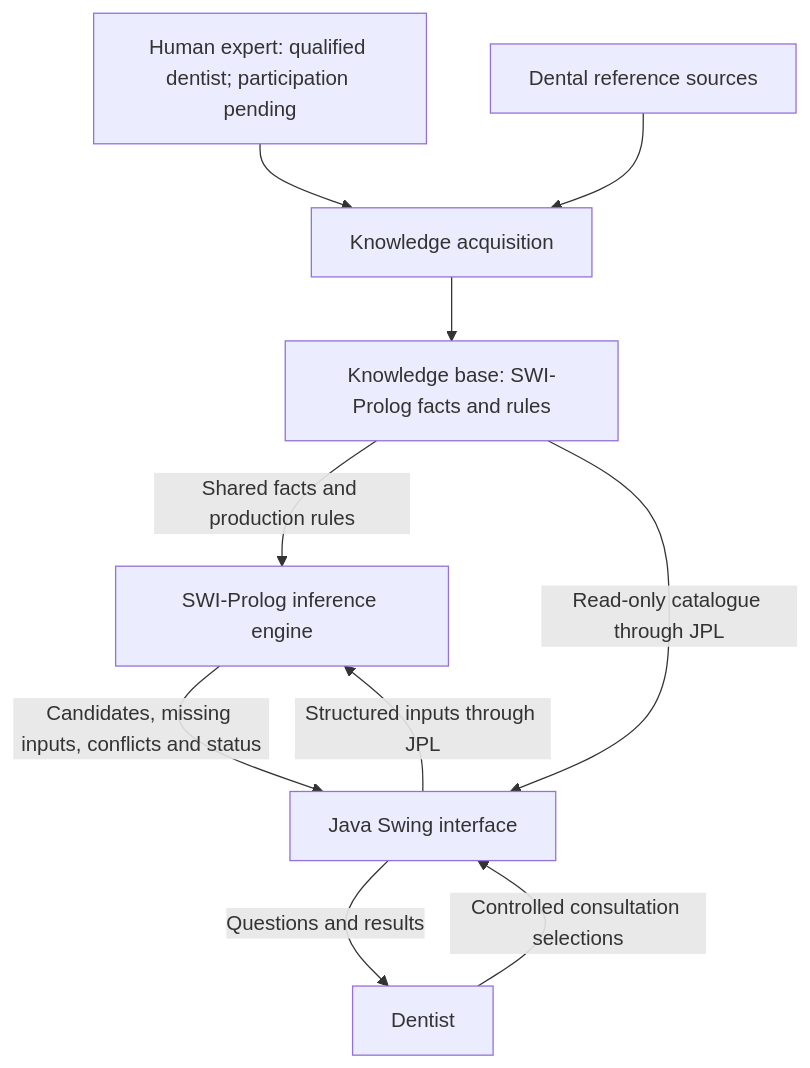
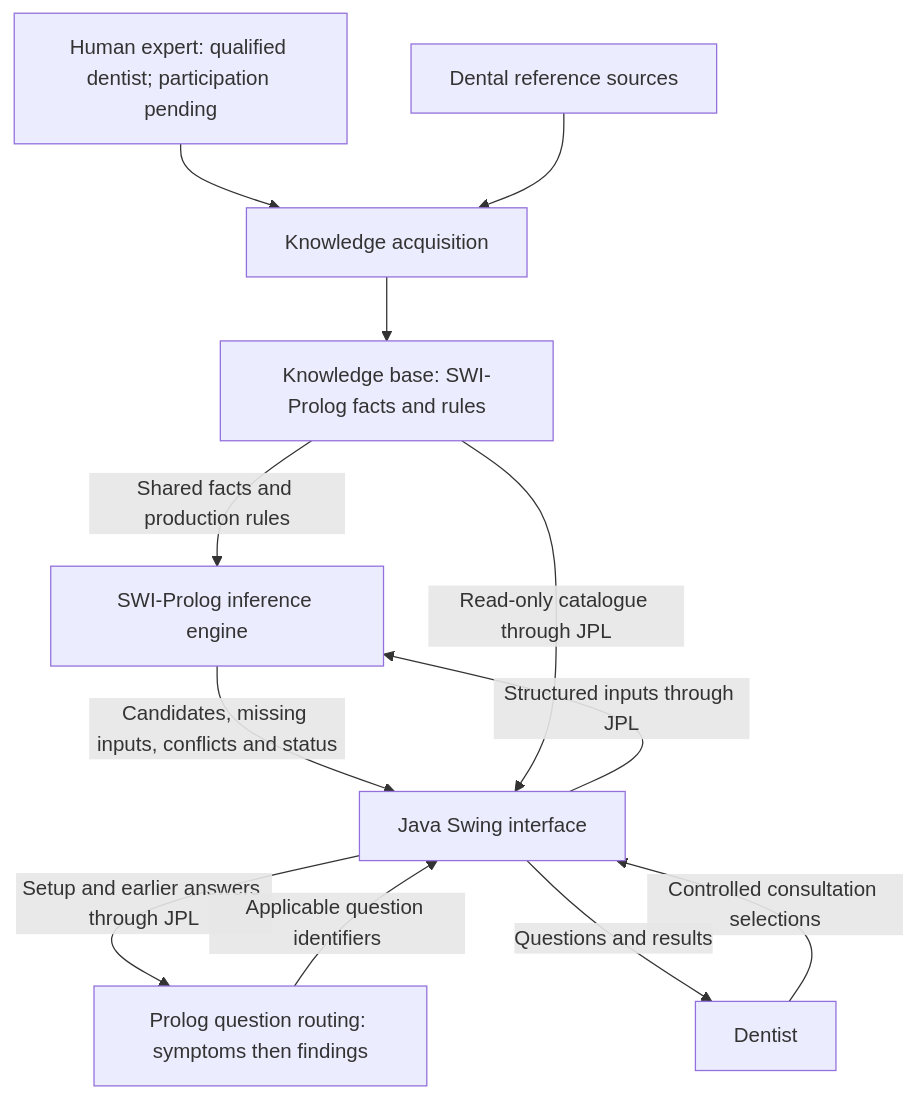
The diagram in docs/project-proposal.md (vishwajayawickrama/dental-expert-system), drawn with Mermaid before and after one commit. The commit also changed other lines of this file and 13 other files, not shown here.

````diff
--- a/docs/project-proposal.md
+++ b/docs/project-proposal.md
@@ -62,12 +62,14 @@
 ```mermaid
 flowchart TD
     Expert["Human expert: qualified dentist; participation pending"] --> Acquisition["Knowledge acquisition"]
     Sources["Dental reference sources"] --> Acquisition
     Acquisition --> KB["Knowledge base: SWI-Prolog facts and rules"]
     Dentist["Dentist"] -->|"Controlled consultation selections"| UI["Java Swing interface"]
+    UI -->|"Setup and earlier answers through JPL"| Routing["Prolog question routing: symptoms then findings"]
+    Routing -->|"Applicable question identifiers"| UI
     UI -->|"Structured inputs through JPL"| Engine["SWI-Prolog inference engine"]
     KB -->|"Shared facts and production rules"| Engine
     Engine -->|"Candidates, missing inputs, conflicts and status"| UI
     UI -->|"Questions and results"| Dentist
     KB -->|"Read-only catalogue through JPL"| UI
 ```
````
